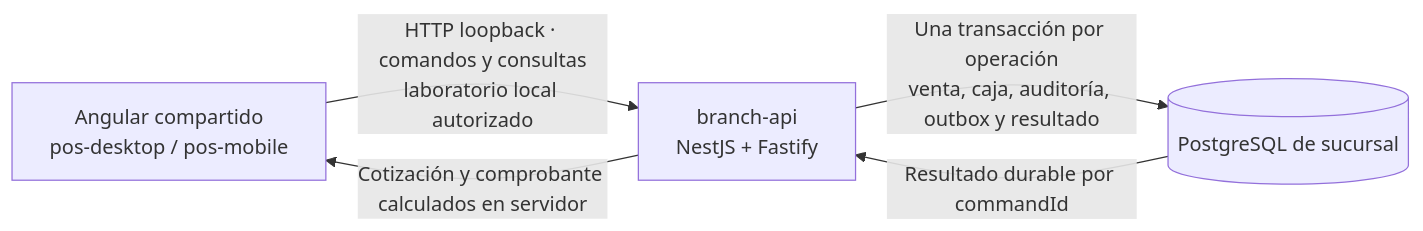
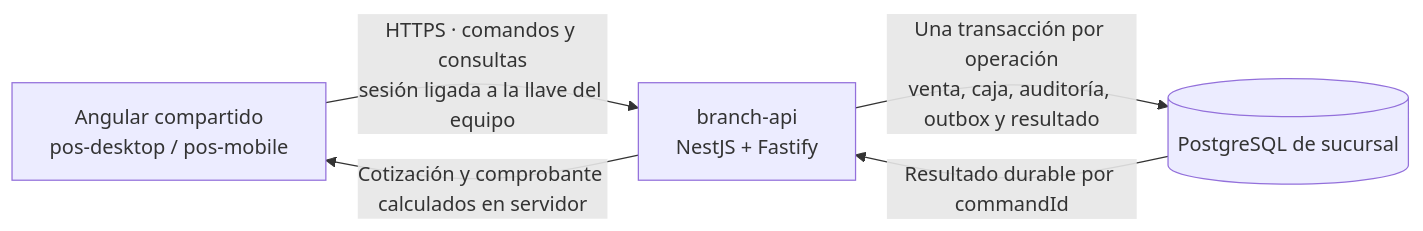
The diagram in docs/phase-1-laboratory.md (developer-implementos/pos-docs), drawn with Mermaid before and after one commit. The commit also changed other lines of this file and 31 other files, not shown here.

````diff
--- a/docs/phase-1-laboratory.md
+++ b/docs/phase-1-laboratory.md
@@ -21,10 +23,10 @@
 ```mermaid
 flowchart LR
   UI[Angular compartido<br/>pos-desktop / pos-mobile]
   API[branch-api<br/>NestJS + Fastify]
   DB[(PostgreSQL de sucursal)]
-  UI -->|HTTP loopback · comandos y consultas<br/>laboratorio local autorizado| API
+  UI -->|HTTPS · comandos y consultas<br/>sesión ligada a la llave del equipo| API
   API -->|Una transacción por operación<br/>venta, caja, auditoría, outbox y resultado| DB
   DB -->|Resultado durable por commandId| API
   API -->|Cotización y comprobante calculados en servidor| UI
 ```
````
